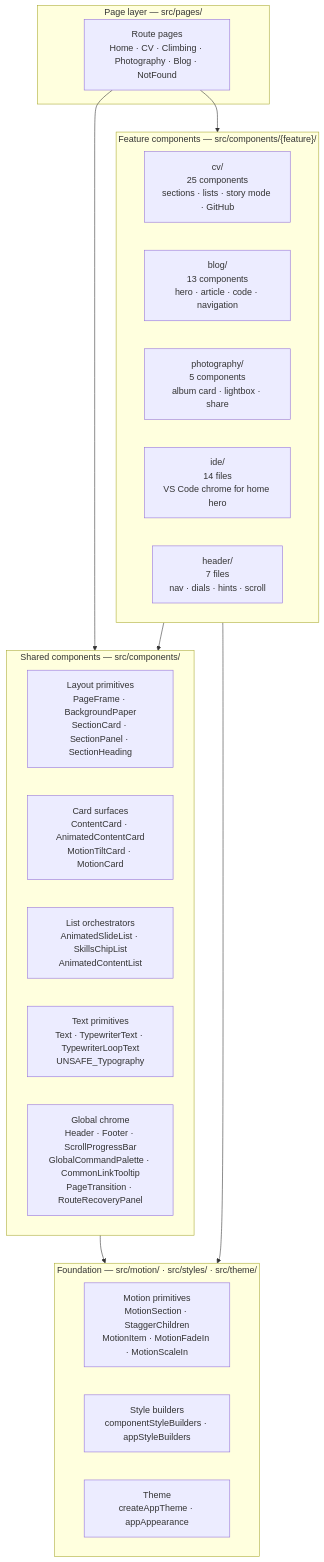
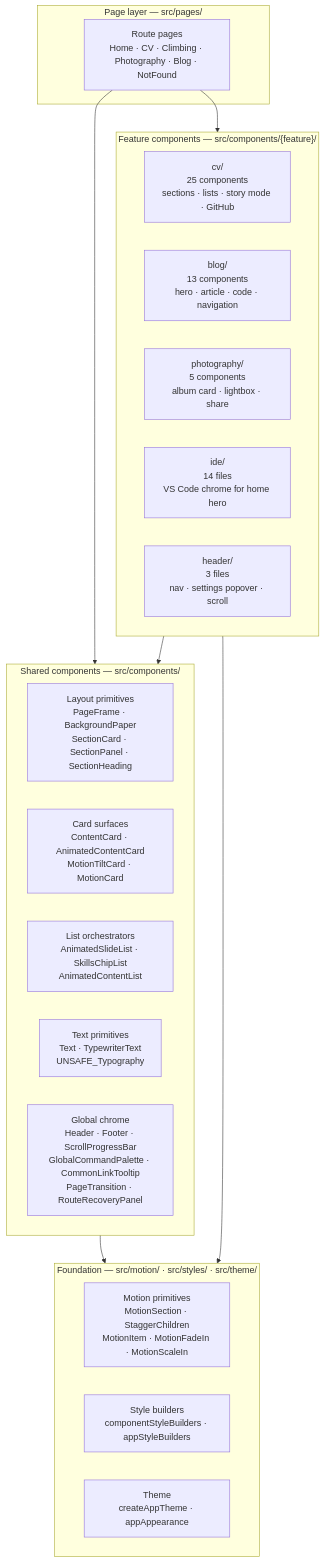
Before and after one commit to danphenderson/dev-danhenderson: the first of 4 diagrams in docs/frontend/component-architecture.md, drawn with Mermaid. The commit also changed 106 other files, not shown here.

````diff
--- a/docs/frontend/component-architecture.md
+++ b/docs/frontend/component-architecture.md
@@ -9,34 +9,34 @@
 ```mermaid
 flowchart TB
   subgraph PageLayer["Page layer — src/pages/"]
     Pages["Route pages<br/>Home · CV · Climbing · Photography · Blog · NotFound"]
   end
 
   subgraph SharedLayer["Shared components — src/components/"]
     Layout["Layout primitives<br/>PageFrame · BackgroundPaper<br/>SectionCard · SectionPanel · SectionHeading"]
     Cards["Card surfaces<br/>ContentCard · AnimatedContentCard<br/>MotionTiltCard · MotionCard"]
     Lists["List orchestrators<br/>AnimatedSlideList · SkillsChipList<br/>AnimatedContentList"]
-    Text["Text primitives<br/>Text · TypewriterText · TypewriterLoopText<br/>UNSAFE_Typography"]
+    Text["Text primitives<br/>Text · TypewriterText<br/>UNSAFE_Typography"]
     Global["Global chrome<br/>Header · Footer · ScrollProgressBar<br/>GlobalCommandPalette · CommonLinkTooltip<br/>PageTransition · RouteRecoveryPanel"]
   end
 
   subgraph FeatureLayer["Feature components — src/components/{feature}/"]
     CV["cv/<br/>25 components<br/>sections · lists · story mode · GitHub"]
     Blog["blog/<br/>13 components<br/>hero · article · code · navigation"]
     Photo["photography/<br/>5 components<br/>album card · lightbox · share"]
     IDE["ide/<br/>14 files<br/>VS Code chrome for home hero"]
-    HeaderSub["header/<br/>7 files<br/>nav · dials · hints · scroll"]
+    HeaderSub["header/<br/>3 files<br/>nav · settings popover · scroll"]
   end
 
   subgraph Foundation["Foundation — src/motion/ · src/styles/ · src/theme/"]
     Motion["Motion primitives<br/>MotionSection · StaggerChildren<br/>MotionItem · MotionFadeIn · MotionScaleIn"]
     Styles["Style builders<br/>componentStyleBuilders · appStyleBuilders"]
     Theme["Theme<br/>createAppTheme · appAppearance"]
   end
 
   Pages --> SharedLayer
   Pages --> FeatureLayer
   SharedLayer --> Foundation
   FeatureLayer --> SharedLayer
   FeatureLayer --> Foundation
 ```
````
